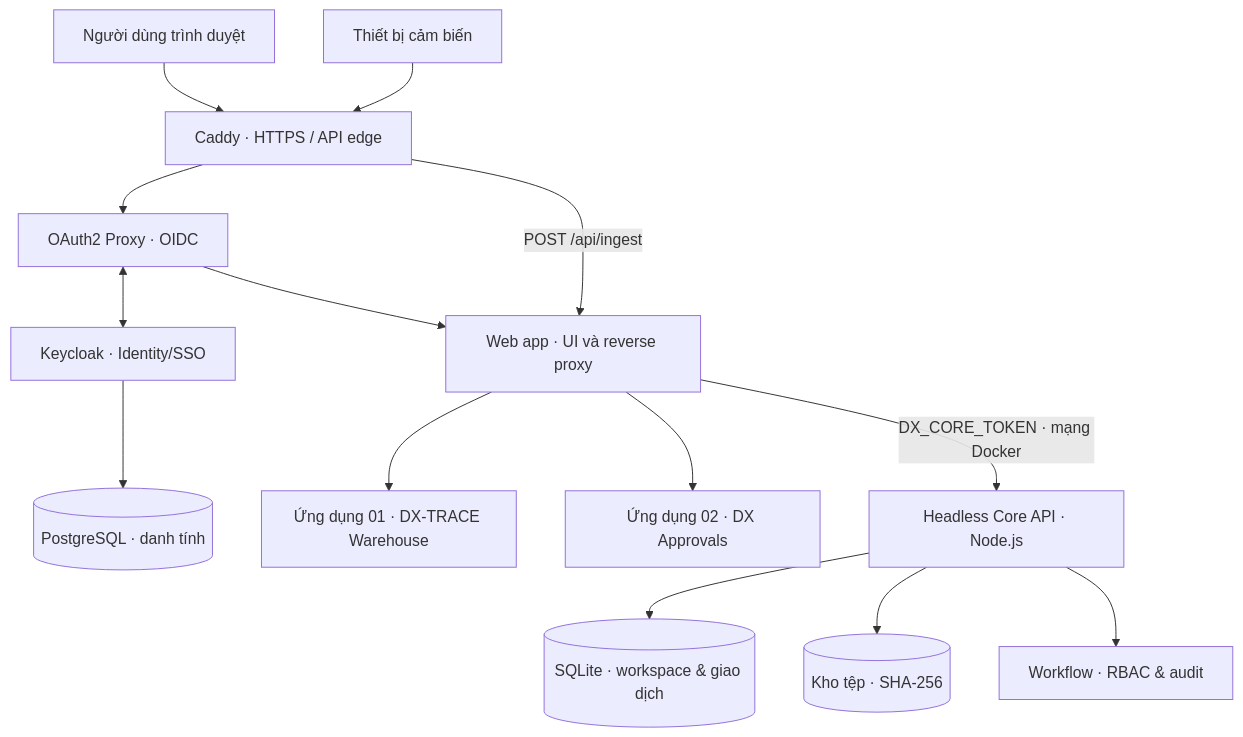
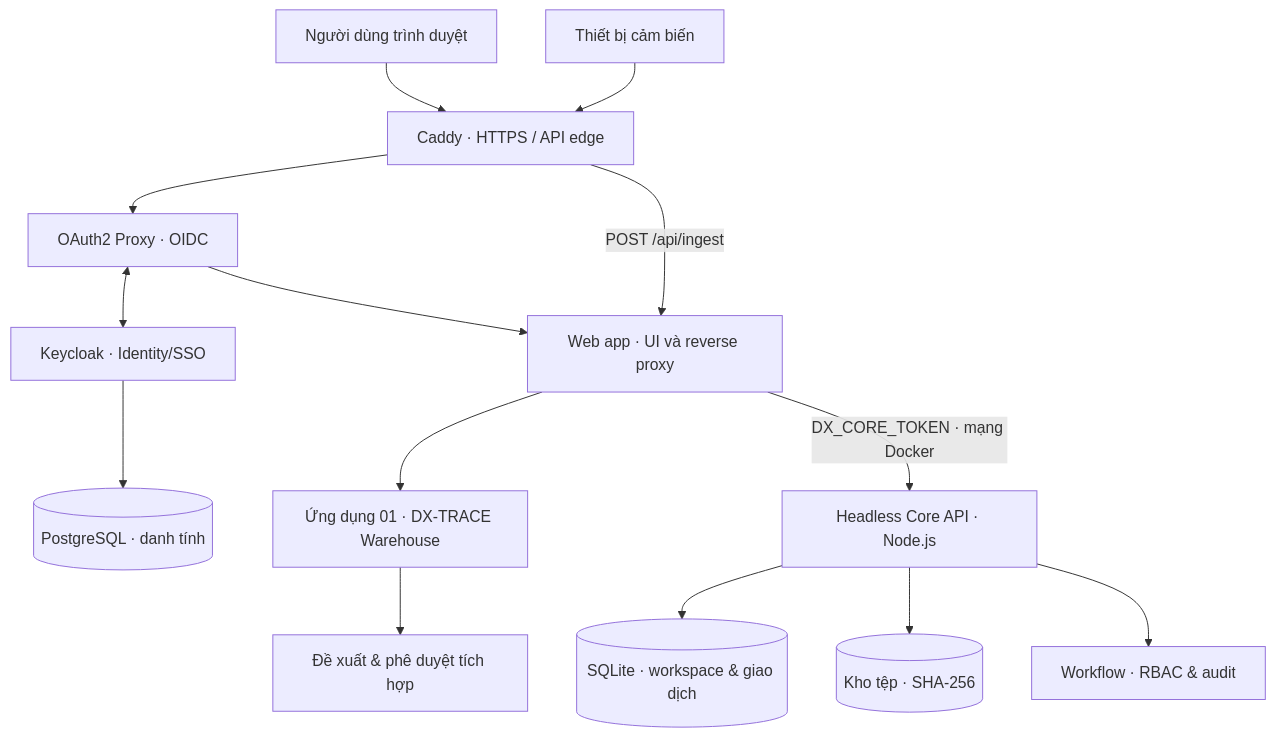
One commit to ngochieu1762005/dx_trace changed the first of 2 diagrams in README.md. Above: the diagram before and after it, drawn with Mermaid. The commit also changed other lines of this file and 21 other files, not shown here.

````diff
--- a/README.md
+++ b/README.md
@@ -77,16 +77,16 @@
 ```mermaid
 flowchart TB
     User["Người dùng trình duyệt"] --> Gateway["Caddy · HTTPS / API edge"]
     Sensor["Thiết bị cảm biến"] --> Gateway
     Gateway --> SignIn["OAuth2 Proxy · OIDC"]
     SignIn <--> Keycloak["Keycloak · Identity/SSO"]
     Keycloak --> IDDB[("PostgreSQL · danh tính")]
     SignIn --> Web["Web app · UI và reverse proxy"]
     Gateway -->|"POST /api/ingest"| Web
     Web --> Warehouse["Ứng dụng 01 · DX-TRACE Warehouse"]
-    Web --> Approvals["Ứng dụng 02 · DX Approvals"]
+    Warehouse --> Approvals["Đề xuất & phê duyệt tích hợp"]
     Web -->|"DX_CORE_TOKEN · mạng Docker"| Core["Headless Core API · Node.js"]
     Core --> Data[("SQLite · workspace & giao dịch")]
     Core --> Files[("Kho tệp · SHA-256")]
     Core --> Workflow["Workflow · RBAC & audit"]
 ```
````
